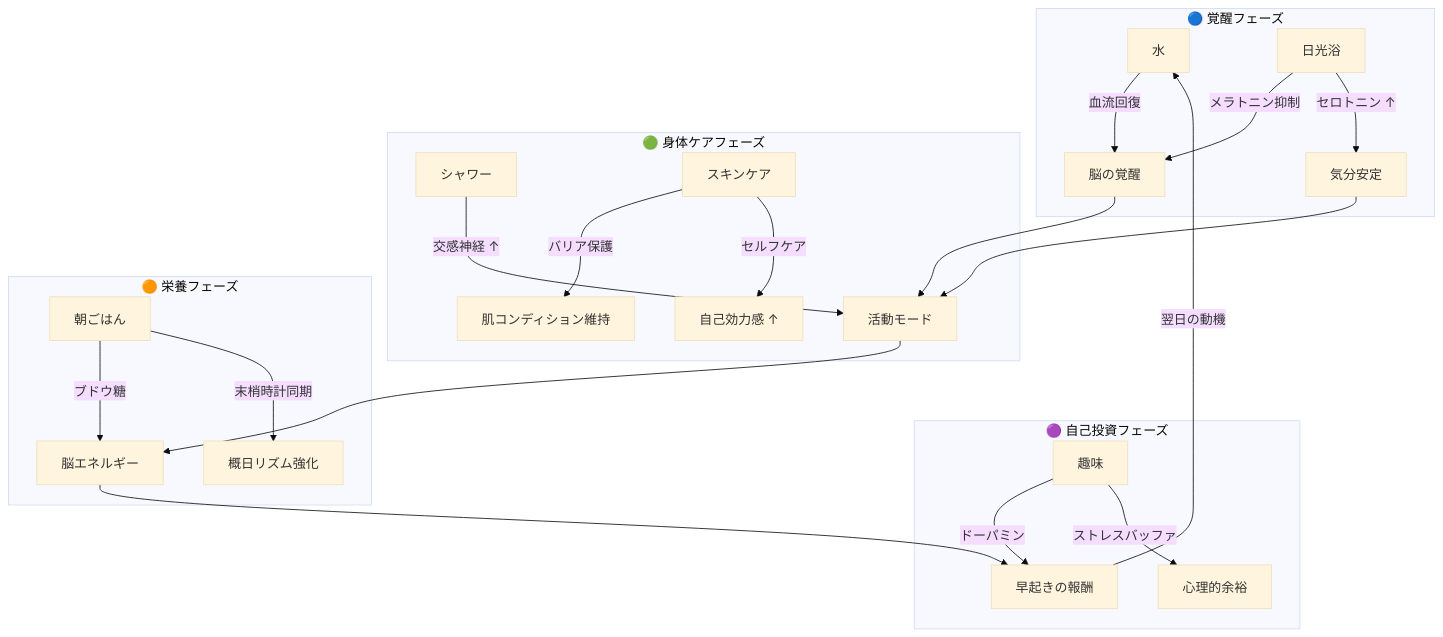
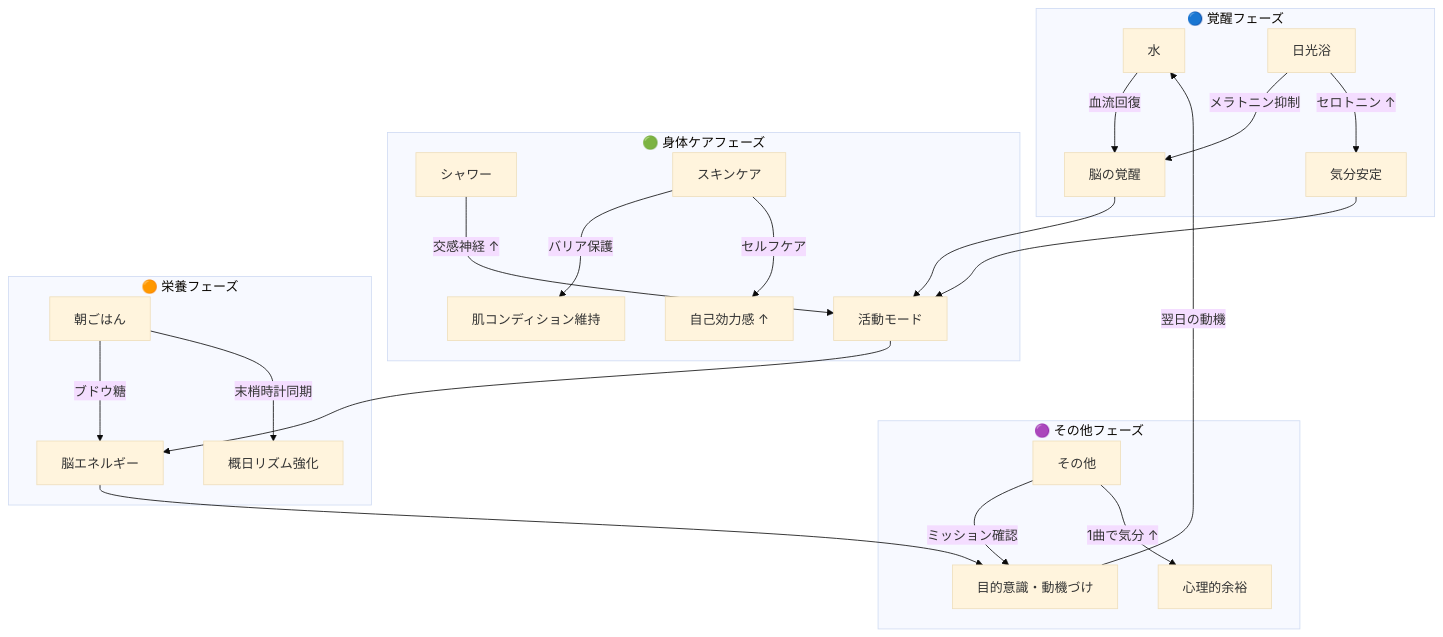
The tenth of 12 diagrams in 朝ルーティン定着化プロジェクト.md (iharak058070-afk/test), drawn with Mermaid (base theme) before and after one commit. The commit also changed other lines of this file, not shown here.

First line of the commit message:
Update 朝ルーティン: シャワー10min化・趣味→その他（ミッション確認+1曲）に変更

````diff
--- a/朝ルーティン定着化プロジェクト.md
+++ b/朝ルーティン定着化プロジェクト.md
@@ -254,30 +259,30 @@
 ```mermaid
 flowchart TB
     subgraph WAKE["🔵 覚醒フェーズ"]
         W["水"] --> |血流回復| WE["脳の覚醒"]
         S["日光浴"] --> |メラトニン抑制| WE
         S --> |セロトニン ↑| MOOD["気分安定"]
     end
 
     subgraph BODY["🟢 身体ケアフェーズ"]
         SH["シャワー"] --> |交感神経 ↑| ACTIVE["活動モード"]
         SK["スキンケア"] --> |バリア保護| SKIN["肌コンディション維持"]
         SK --> |セルフケア| SELF["自己効力感 ↑"]
     end
 
     subgraph FUEL["🟠 栄養フェーズ"]
         M["朝ごはん"] --> |ブドウ糖| BRAIN["脳エネルギー"]
         M --> |末梢時計同期| RHYTHM["概日リズム強化"]
     end
 
-    subgraph JOY["🟣 自己投資フェーズ"]
-        H["趣味"] --> |ドーパミン| REWARD["早起きの報酬"]
-        H --> |ストレスバッファ| BUFFER["心理的余裕"]
+    subgraph JOY["🟣 その他フェーズ"]
+        H["その他"] --> |ミッション確認| REWARD["目的意識・動機づけ"]
+        H --> |1曲で気分 ↑| BUFFER["心理的余裕"]
     end
 
     WE --> ACTIVE
     MOOD --> ACTIVE
     ACTIVE --> BRAIN
     BRAIN --> REWARD
     REWARD --> |翌日の動機| W
 ```
````
